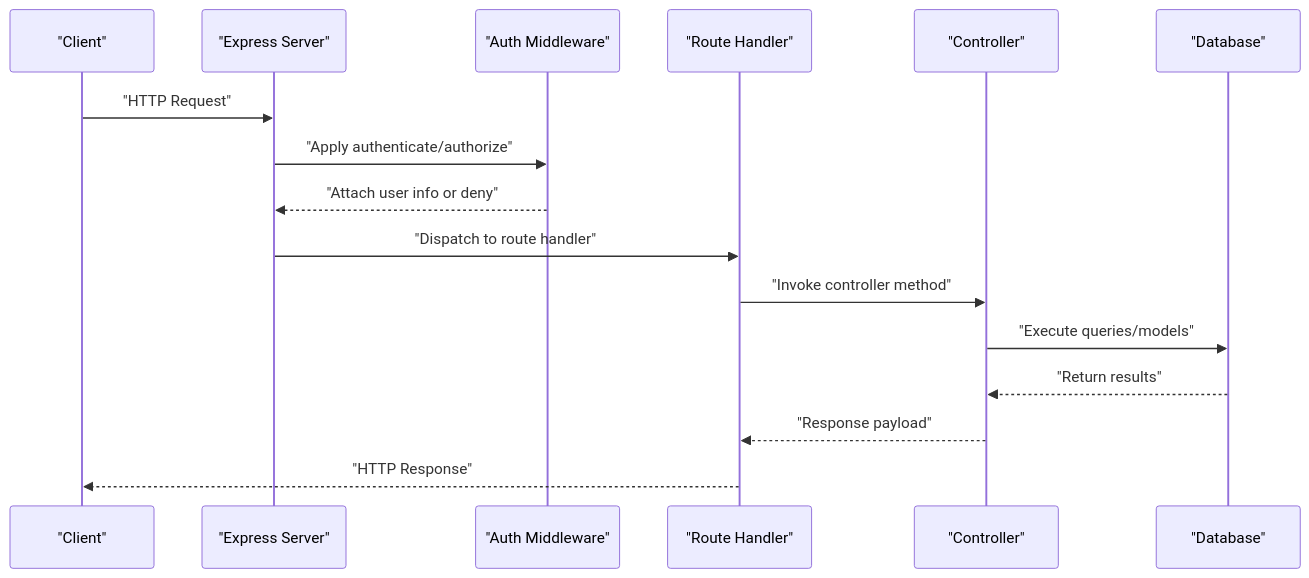
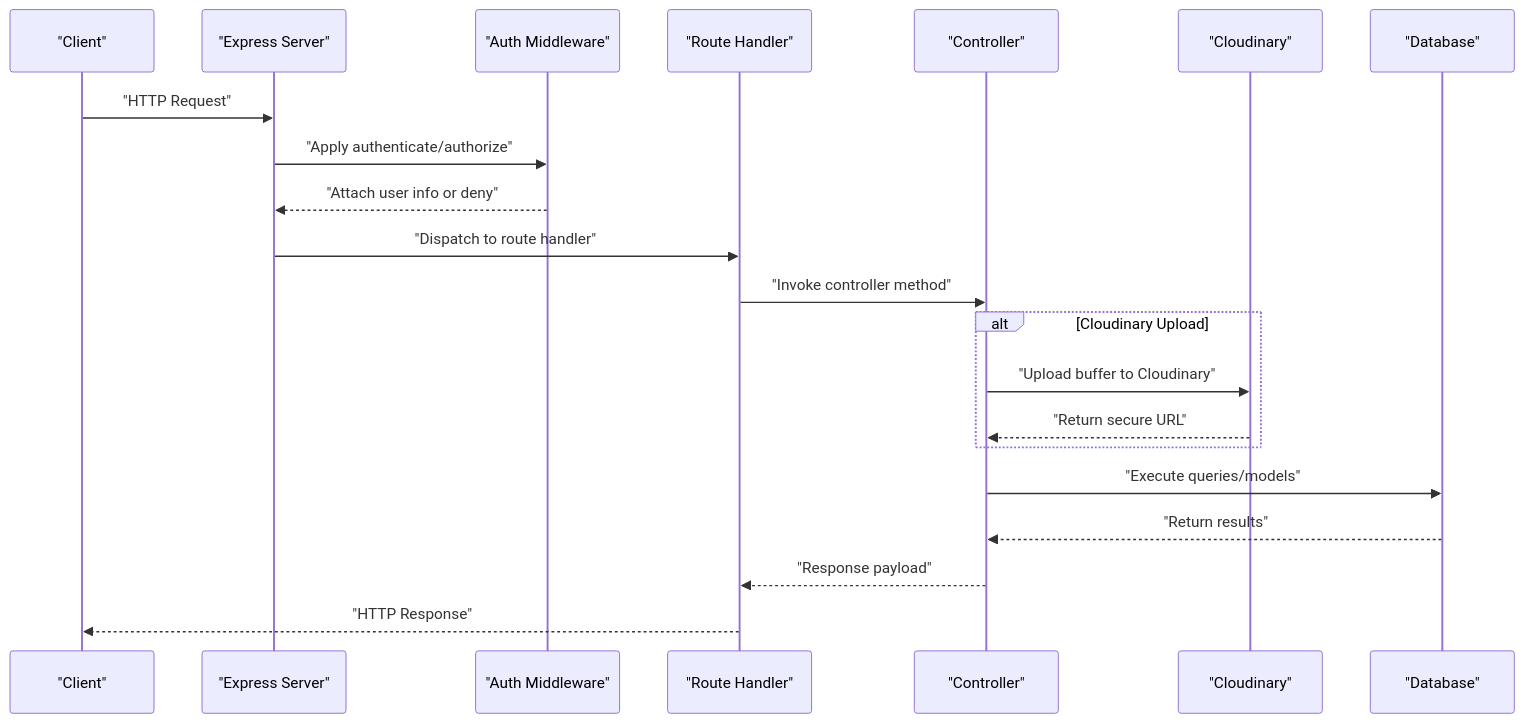
The second of 3 diagrams in .qoder/repowiki/en/content/Backend API Documentation/Backend API Documentation.md (Alexandrexicara/craque-vision), drawn with Mermaid before and after one commit. The commit also changed other lines of this file and 5 other files, not shown here.

````diff
--- a/.qoder/repowiki/en/content/Backend API Documentation/Backend API Documentation.md
+++ b/.qoder/repowiki/en/content/Backend API Documentation/Backend API Documentation.md
@@ -111,18 +128,23 @@
 ```mermaid
 sequenceDiagram
 participant Client as "Client"
 participant Server as "Express Server"
 participant AuthMW as "Auth Middleware"
 participant Route as "Route Handler"
 participant Ctrl as "Controller"
+participant Cloud as "Cloudinary"
 participant DB as "Database"
 Client->>Server : "HTTP Request"
 Server->>AuthMW : "Apply authenticate/authorize"
 AuthMW-->>Server : "Attach user info or deny"
 Server->>Route : "Dispatch to route handler"
 Route->>Ctrl : "Invoke controller method"
+alt Cloudinary Upload
+Ctrl->>Cloud : "Upload buffer to Cloudinary"
+Cloud-->>Ctrl : "Return secure URL"
+end
 Ctrl->>DB : "Execute queries/models"
 DB-->>Ctrl : "Return results"
 Ctrl-->>Route : "Response payload"
 Route-->>Client : "HTTP Response"
 ```
````
